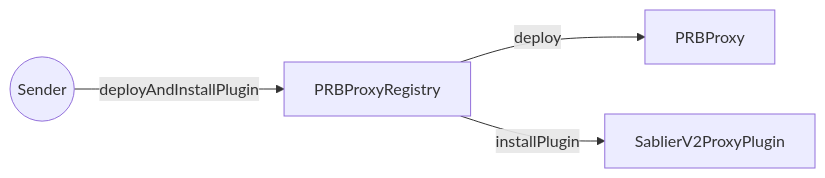
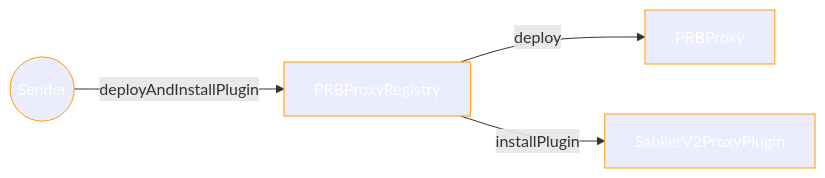
Before and after one commit to sablier-labs/docs: the third of 8 diagrams in docs/contracts/v2/reference/02-diagrams.md, drawn with Mermaid. The commit also changed other lines of this file, not shown here.

````diff
--- a/docs/contracts/v2/reference/02-diagrams.md
+++ b/docs/contracts/v2/reference/02-diagrams.md
@@ -92,10 +92,12 @@
 ```mermaid
 flowchart LR
+	classDef object stroke:#ff9C00,color:#ffffff;
   S((Sender))
   PR[PRBProxyRegistry]
   P[PRBProxy]
   PP[SablierV2ProxyPlugin]
   S -- "deployAndInstallPlugin" --> PR
   PR -- "deploy" --> P
   PR -- "installPlugin" --> PP
+	class S,PR,P,PP object;
 ```
````
